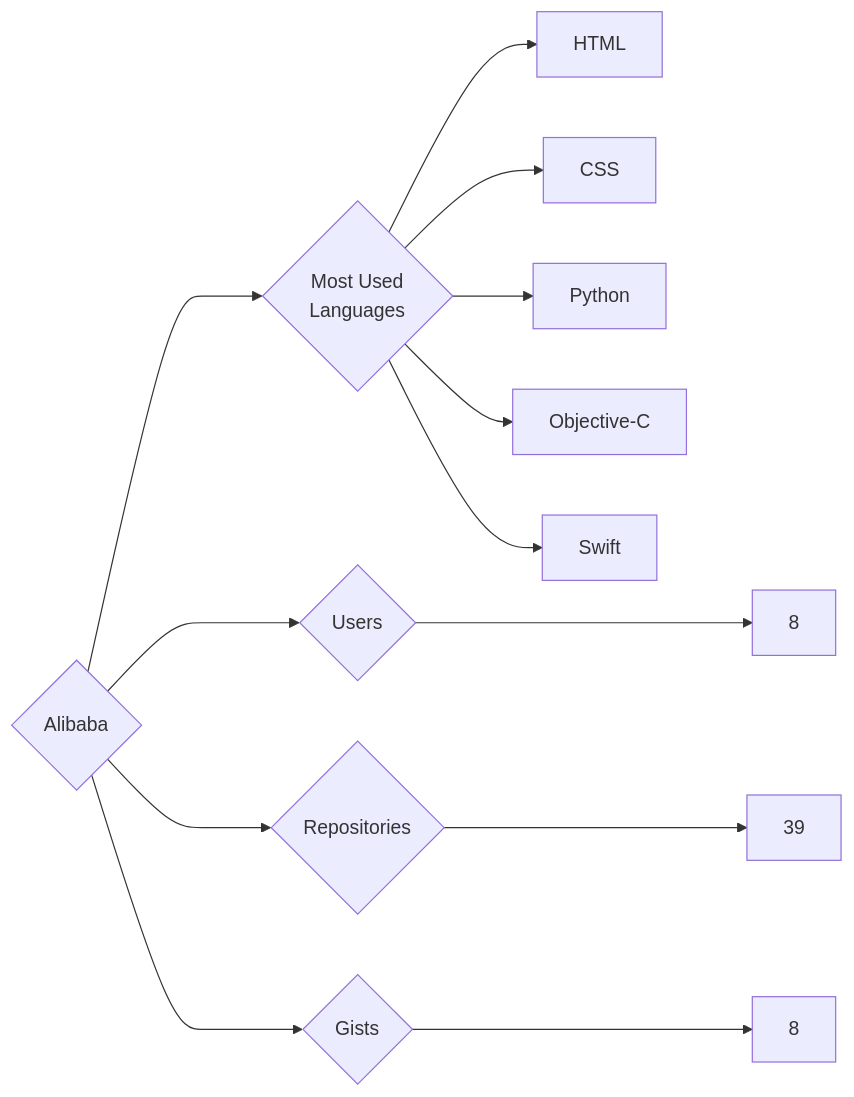
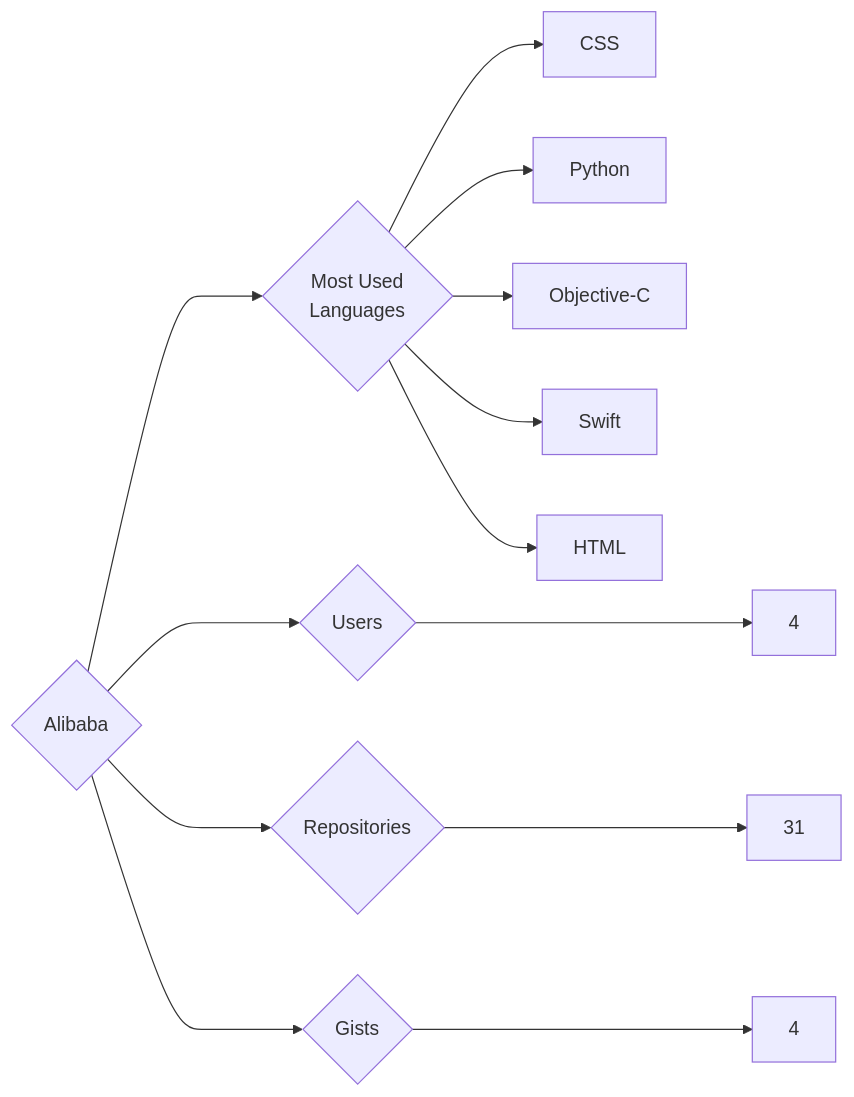
Before and after one commit to trickest/insiders: the diagram in targets/Alibaba/README.md, drawn with Mermaid. The commit also changed 1084 other files, not shown here.

````diff
--- a/targets/Alibaba/README.md
+++ b/targets/Alibaba/README.md
@@ -3,13 +3,13 @@
 ```mermaid
 graph LR
 COMPANY_NAME{Alibaba}
-COMPANY_NAME ---> U{Users} ---> UN[8]
-COMPANY_NAME ---> R{Repositories} ---> RN[39]
-COMPANY_NAME ---> G{Gists} ---> GN[8]
+COMPANY_NAME ---> U{Users} ---> UN[4]
+COMPANY_NAME ---> R{Repositories} ---> RN[31]
+COMPANY_NAME ---> G{Gists} ---> GN[4]
 COMPANY_NAME ---> ML{Most Used<br>Languages}
-ML --> HTML[HTML]
 ML --> CSS[CSS]
 ML --> Python[Python]
 ML --> Objective-C[Objective-C]
 ML --> Swift[Swift]
+ML --> HTML[HTML]
 ```
````
